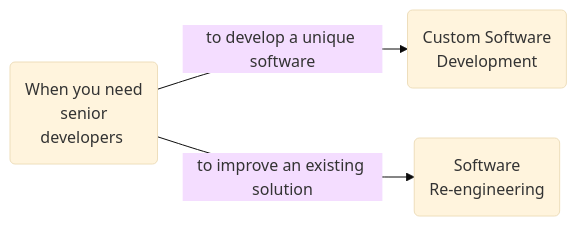
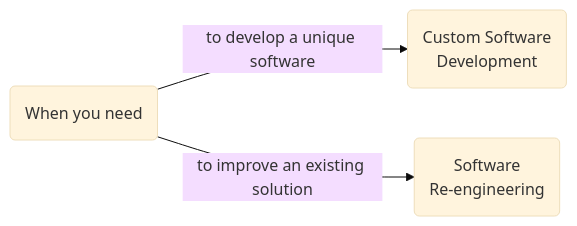
Before and after one commit to mouseless/mouseless.codes: the diagram in services.md, drawn with Mermaid (base theme). The commit also changed other lines of this file and 1 other file, not shown here.

````diff
--- a/services.md
+++ b/services.md
@@ -29,9 +29,9 @@
 ```mermaid
 flowchart LR
-    Q(When you need\nsenior\ndevelopers&nbsp;)
+    Q(When you need)
     CSD(Custom Software\nDevelopment)
     RE(Software\nRe-engineering)
 
     Q -->|to develop a unique software| CSD
     Q -->|to improve an existing solution| RE
 ```
````
